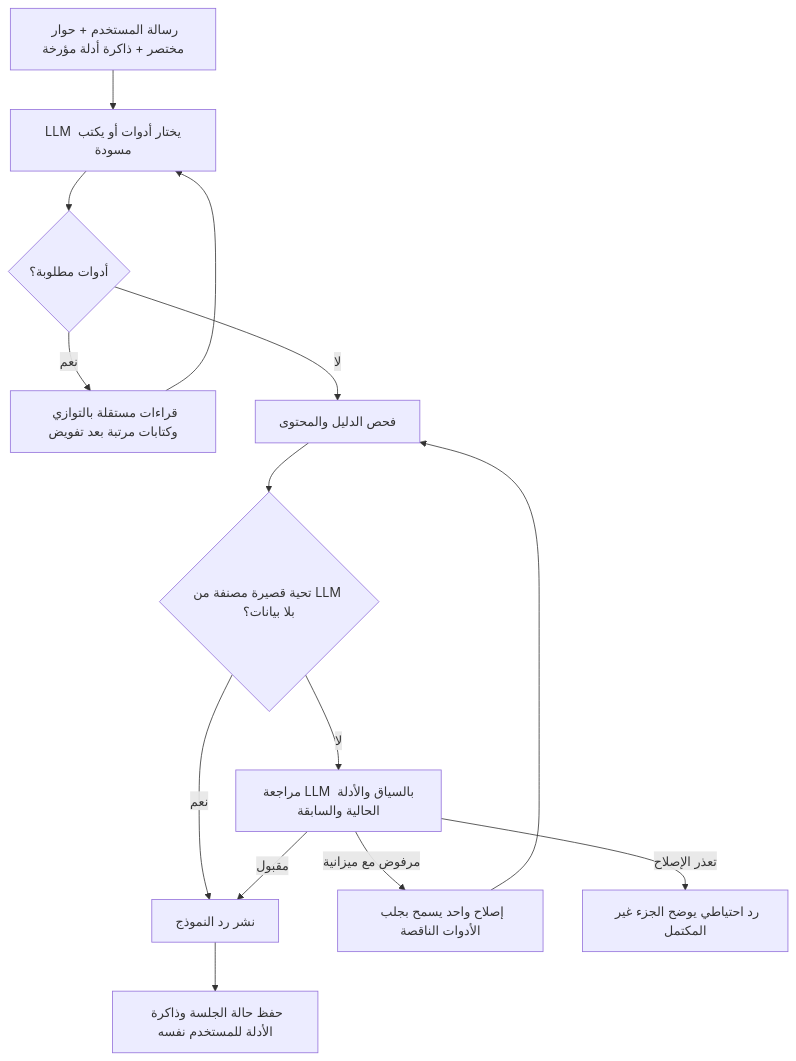
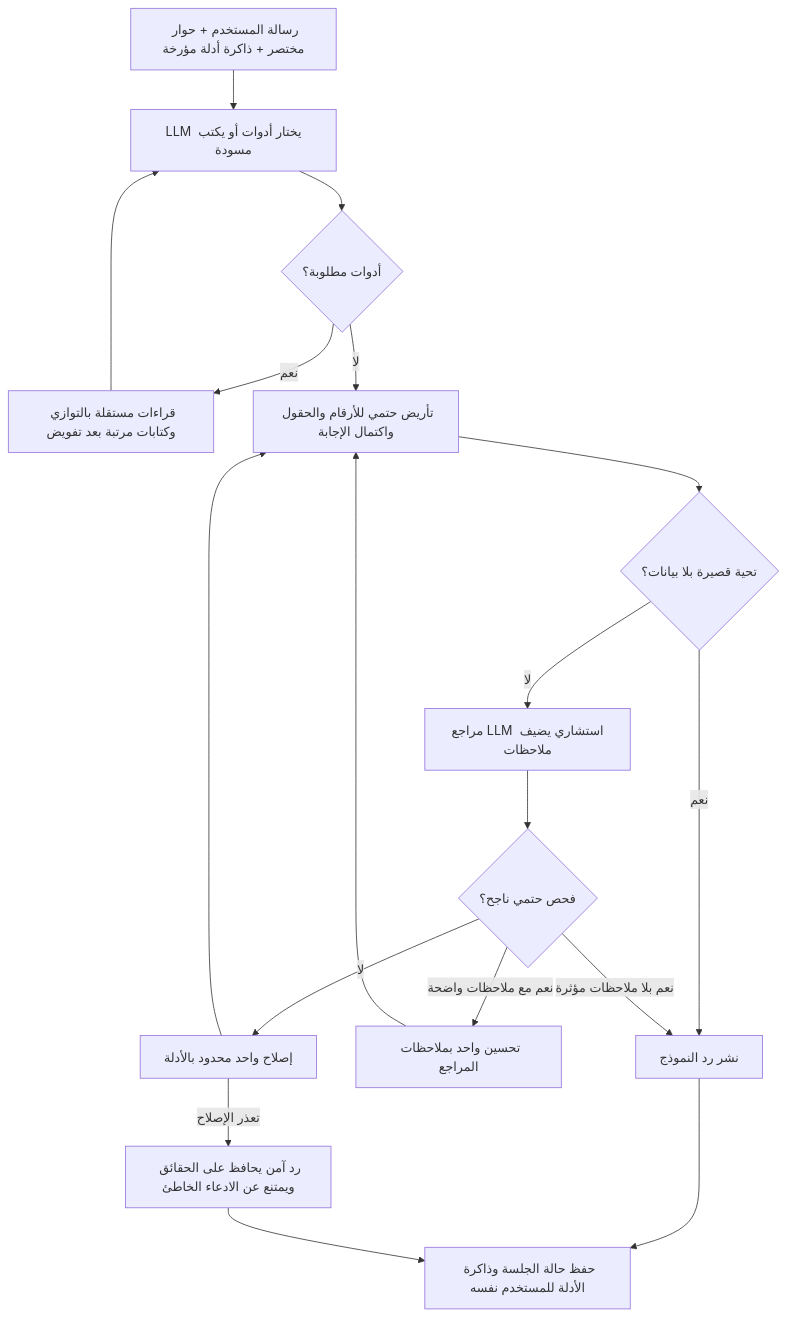
Before and after one commit to weeasd57/stokscan_AI: the diagram in docs/chatbot-current-architecture.md, drawn with Mermaid. The commit also changed other lines of this file and 12 other files, not shown here.

````diff
--- a/docs/chatbot-current-architecture.md
+++ b/docs/chatbot-current-architecture.md
@@ -34,16 +45,20 @@
 ```mermaid
 flowchart TD
     A[رسالة المستخدم + حوار مختصر + ذاكرة أدلة مؤرخة] --> B[LLM يختار أدوات أو يكتب مسودة]
     B --> C{أدوات مطلوبة؟}
     C -->|نعم| D[قراءات مستقلة بالتوازي وكتابات مرتبة بعد تفويض]
     D --> B
-    C -->|لا| E[فحص الدليل والمحتوى]
-    E --> F{تحية قصيرة مصنفة من LLM بلا بيانات؟}
+    C -->|لا| E[تأريض حتمي للأرقام والحقول واكتمال الإجابة]
+    E --> F{تحية قصيرة بلا بيانات؟}
     F -->|نعم| H[نشر رد النموذج]
-    F -->|لا| G[مراجعة LLM بالسياق والأدلة الحالية والسابقة]
-    G -->|مقبول| H
-    G -->|مرفوض مع ميزانية| I[إصلاح واحد يسمح بجلب الأدوات الناقصة]
-    I --> E
-    G -->|تعذر الإصلاح| J[رد احتياطي يوضح الجزء غير المكتمل]
-    H --> K[حفظ حالة الجلسة وذاكرة الأدلة للمستخدم نفسه]
+    F -->|لا| G[مراجع LLM استشاري يضيف ملاحظات]
+    G --> I{فحص حتمي ناجح؟}
+    I -->|نعم مع ملاحظات واضحة| J[تحسين واحد بملاحظات المراجع]
+    I -->|نعم بلا ملاحظات مؤثرة| H
+    J --> E
+    I -->|لا| K[إصلاح واحد محدود بالأدلة]
+    K --> E
+    K -->|تعذر الإصلاح| L[رد آمن يحافظ على الحقائق ويمتنع عن الادعاء الخاطئ]
+    H --> M[حفظ حالة الجلسة وذاكرة الأدلة للمستخدم نفسه]
+    L --> M
 ```
````
